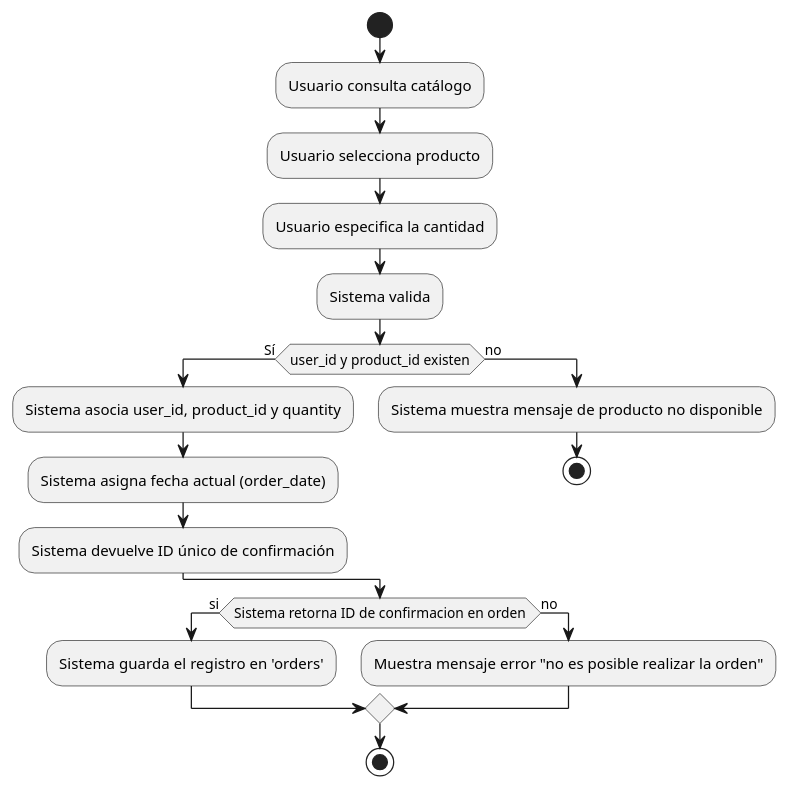
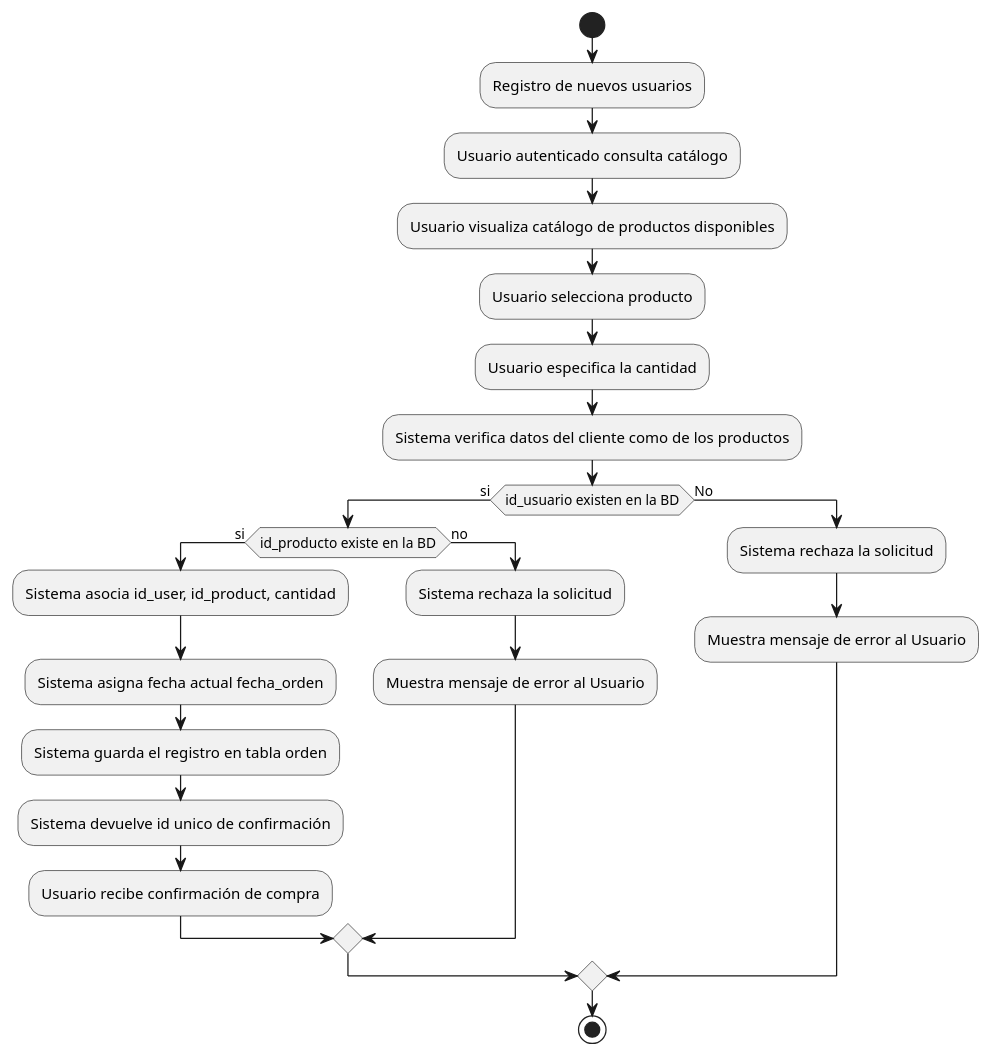
One commit to Luis-Aguilar-0/PreExamen2AMS changed the diagram in src/scrum/DAGestionPedidosAguilarCastellanos.puml. Above: the diagram before and after it, drawn with PlantUML. The commit also changed 2 other files, not shown here.

Commit message:
fix(diagramas uml): Corrección en diagramas UML

```diff
--- a/src/scrum/DAGestionPedidosAguilarCastellanos.puml
+++ b/src/scrum/DAGestionPedidosAguilarCastellanos.puml
@@ -1,24 +1,27 @@
 @startuml
 start
-:Usuario consulta catálogo;
+:Registro de nuevos usuarios;
+:Usuario autenticado consulta catálogo;
+:Usuario visualiza catálogo de productos disponibles;
 :Usuario selecciona producto;
 :Usuario especifica la cantidad;
-:Sistema valida;
+:Sistema verifica datos del cliente como de los productos;
 
-if (user_id y product_id existen) then (Sí)
-  :Sistema asocia user_id, product_id y quantity;
-  :Sistema asigna fecha actual (order_date);
-  
-  :Sistema devuelve ID único de confirmación;
-else (no)
-    :Sistema muestra mensaje de producto no disponible;
-    stop
-endif
-
-if (Sistema retorna ID de confirmacion en orden) then (si)
-    :Sistema guarda el registro en 'orders';
-else (no)
-    :Muestra mensaje error "no es posible realizar la orden";
+if (id_usuario existen en la BD) then (si)
+    
+    if(id_producto existe en la BD) then (si)
+    :Sistema asocia id_user, id_product, cantidad;
+    :Sistema asigna fecha actual fecha_orden;
+    :Sistema guarda el registro en tabla orden;
+    :Sistema devuelve id unico de confirmación;
+    :Usuario recibe confirmación de compra;
+    else (no)
+    :Sistema rechaza la solicitud;
+    :Muestra mensaje de error al Usuario; 
+    endif
+else (No)
+  :Sistema rechaza la solicitud;
+  :Muestra mensaje de error al Usuario;
 endif
 stop
 @enduml
```
